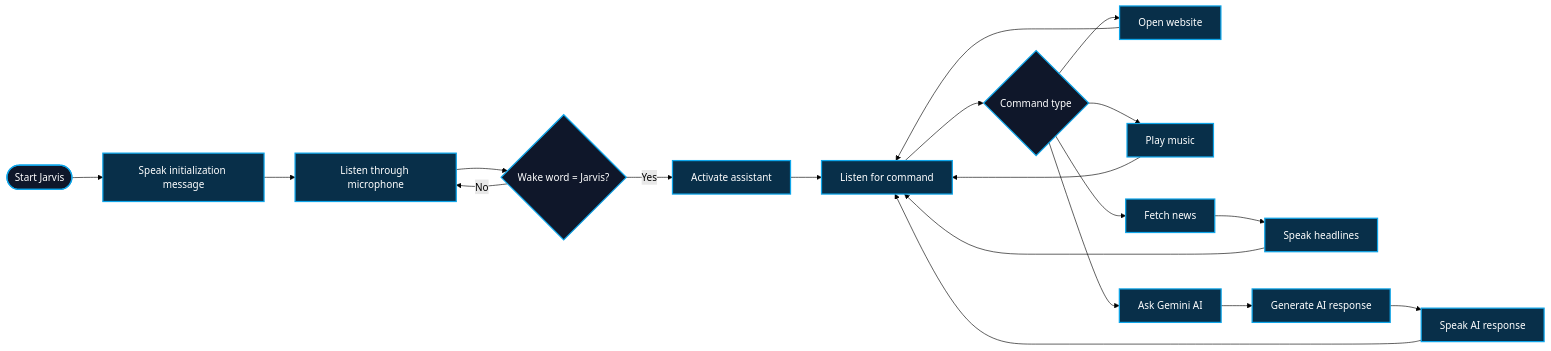
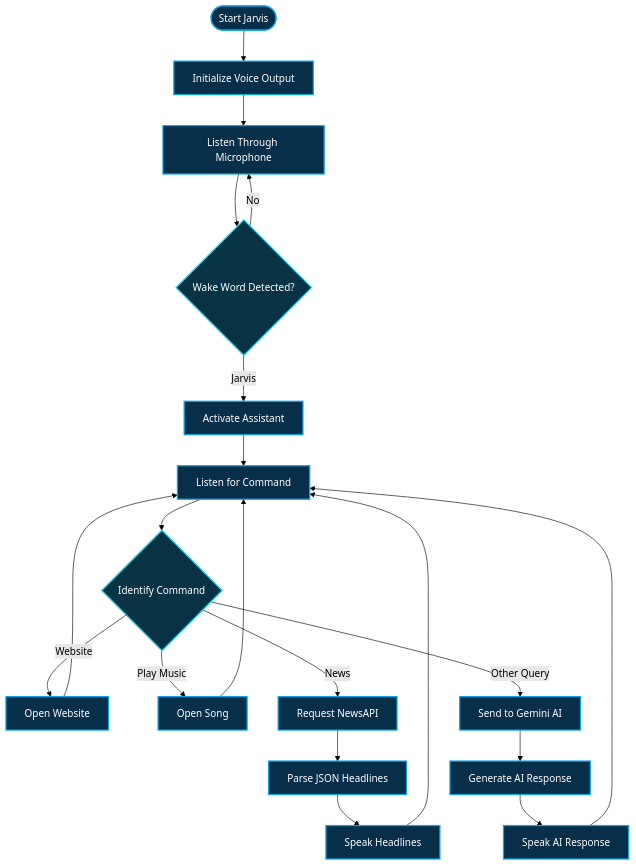
One commit to huzaifa2612/Jarvis-AI-Voice-Assistant changed the diagram in README.md. Above: the diagram before and after it, drawn with Mermaid (forest theme). The commit also changed other lines of this file, not shown here.

````diff
--- a/README.md
+++ b/README.md
@@ -155,33 +142,35 @@
 ```mermaid
-flowchart LR
-    A([Start Jarvis]) --> B[Speak initialization message]
-    B --> C[Listen through microphone]
-    C --> D{Wake word = Jarvis?}
+flowchart TD
+    A([Start Jarvis]) --> B[Initialize Voice Output]
+    B --> C[Listen Through Microphone]
+    C --> D{Wake Word Detected?}
 
-    D -->|Yes| E[Activate assistant]
+    D -->|Jarvis| E[Activate Assistant]
     D -->|No| C
 
-    E --> F[Listen for command]
-    F --> G{Command type}
+    E --> F[Listen for Command]
+    F --> G{Identify Command}
 
-    G --> H[Open website]
-    G --> I[Play music]
-    G --> J[Fetch news]
-    G --> K[Ask Gemini AI]
+    G -->|Website| H[Open Website]
+    G -->|Play Music| I[Open Song]
+    G -->|News| J[Request NewsAPI]
+    G -->|Other Query| K[Send to Gemini AI]
+
+    J --> L[Parse JSON Headlines]
+    L --> M[Speak Headlines]
+
+    K --> N[Generate AI Response]
+    N --> O[Speak AI Response]
 
     H --> F
     I --> F
-    J --> L[Speak headlines]
-    K --> M[Generate AI response]
+    M --> F
+    O --> F
 
-    L --> F
-    M --> N[Speak AI response]
-    N --> F
+    classDef main fill:#0f172a,stroke:#22d3ee,color:#ffffff,stroke-width:2px;
+    classDef action fill:#082f49,stroke:#0ea5e9,color:#ffffff,stroke-width:2px;
+    classDef decision fill:#083344,stroke:#22d3ee,color:#ffffff,stroke-width:2px;
 
-    classDef navy fill:#0f172a,stroke:#0ea5e9,color:#ffffff,stroke-width:2px;
-    classDef cyan fill:#083344,stroke:#22d3ee,color:#ffffff,stroke-width:2px;
-    classDef blue fill:#082f49,stroke:#0ea5e9,color:#ffffff,stroke-width:2px;
-
-    class A,D,G navy;
-    class B,C,E,F,H,I,J,K,L,M,N blue;
+    class A,B,C,E,F,H,I,J,K,L,M,N,O action;
+    class D,G decision;
 ```
````
